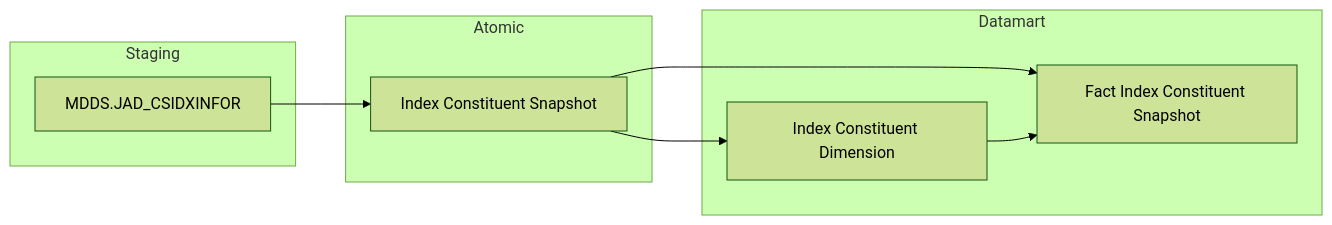
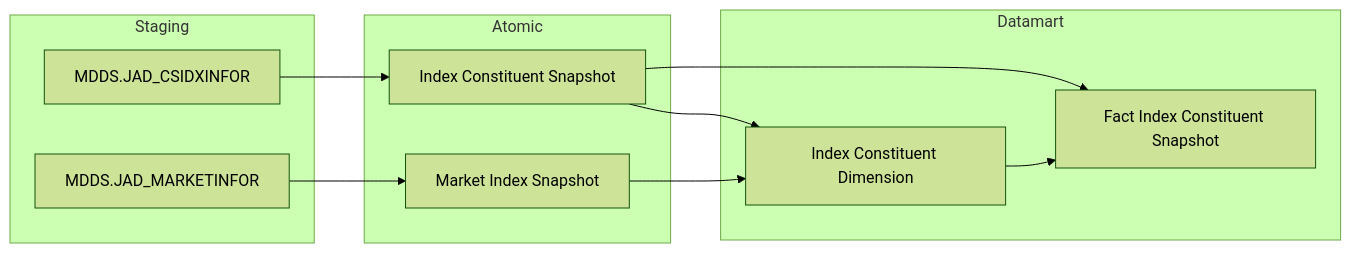
One commit to linhlvit/ubck_atomic_design changed the second of 46 diagrams in Datamart/hld/DTM_GSTT_HLD.md. Above: the diagram before and after it, drawn with Mermaid (forest theme). The commit also changed other lines of this file and 5 other files, not shown here.

First line of the commit message:
feat(GSTT): bo sung Index Name cho Index Constituent Dimension

````diff
--- a/Datamart/hld/DTM_GSTT_HLD.md
+++ b/Datamart/hld/DTM_GSTT_HLD.md
@@ -75,17 +76,21 @@
 ```mermaid
 flowchart LR
     subgraph SRC["Staging"]
         S1I["MDDS.JAD_CSIDXINFOR"]
+        S1M["MDDS.JAD_MARKETINFOR"]
     end
     subgraph SIL["Atomic"]
         A1I["Index Constituent Snapshot"]
+        A1M["Market Index Snapshot"]
     end
     subgraph GOLD["Datamart"]
         fct_index_constituent_snpst["Fact Index Constituent Snapshot"]
         index_constituent_dim["Index Constituent Dimension"]
     end
     S1I --> A1I
+    S1M --> A1M
     A1I --> fct_index_constituent_snpst
     A1I --> index_constituent_dim
+    A1M --> index_constituent_dim
     index_constituent_dim --> fct_index_constituent_snpst
 ```
````
